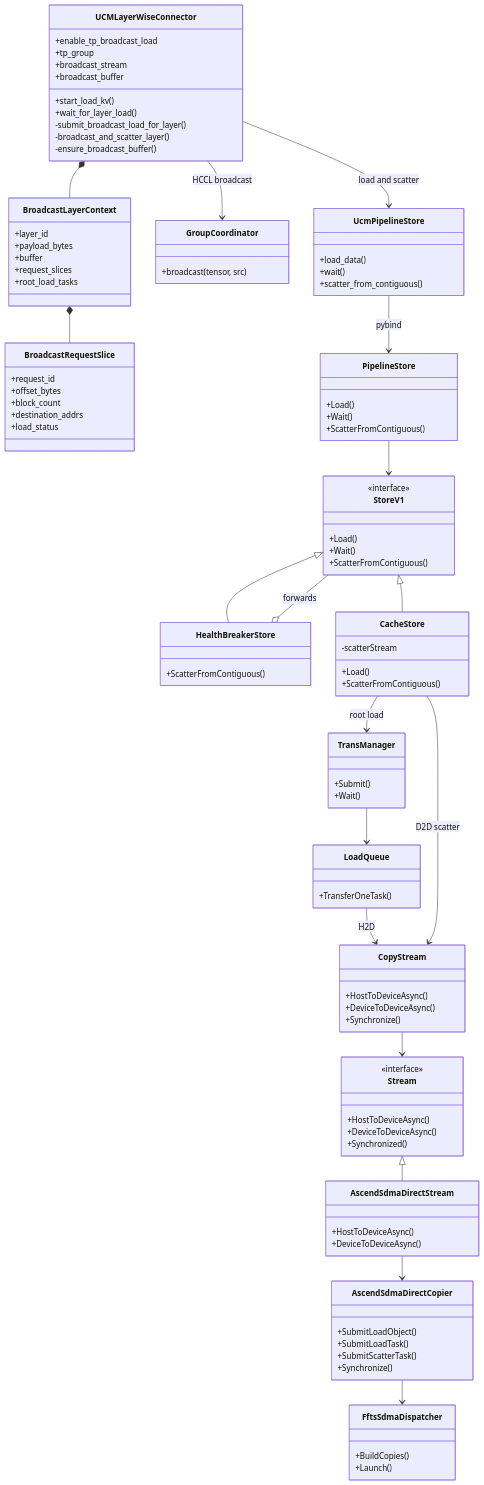
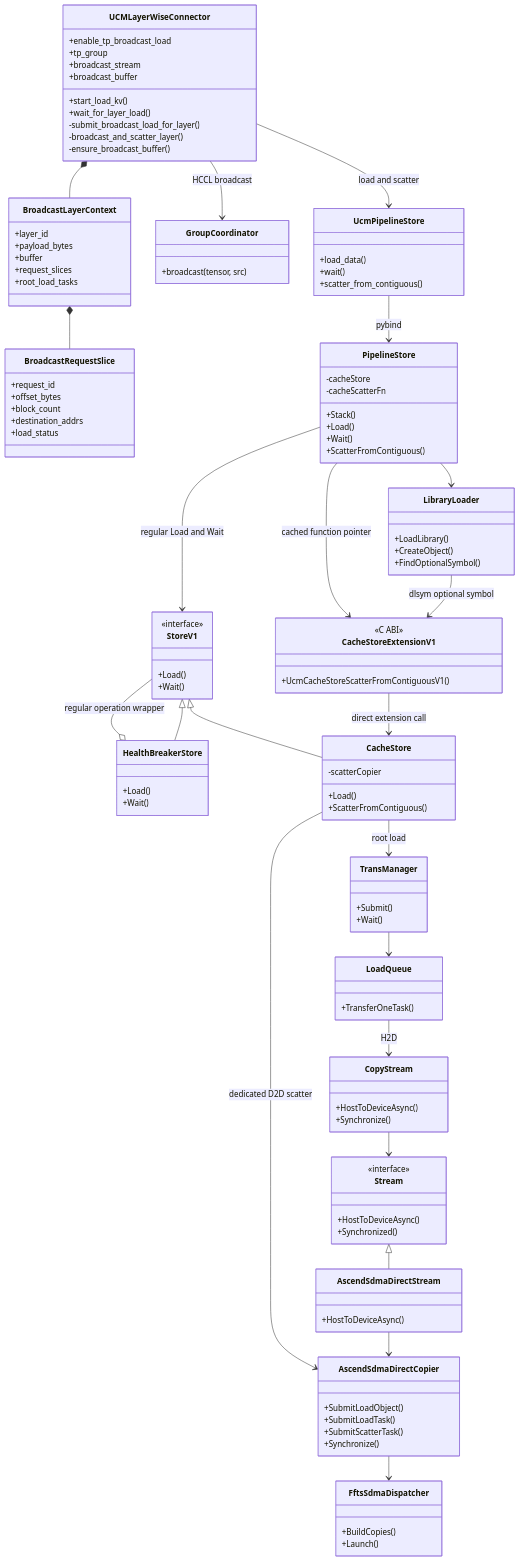
The fourth of 5 diagrams in docs/source/developer-guide/tp16_broadcast_load_design.md (NaganooMei/unified-cache-management), drawn with Mermaid before and after one commit. The commit also changed other lines of this file and 8 other files, not shown here.

````diff
--- a/docs/source/developer-guide/tp16_broadcast_load_design.md
+++ b/docs/source/developer-guide/tp16_broadcast_load_design.md
@@ -177,26 +177,40 @@
     }
 
     class PipelineStore {
+        -cacheStore
+        -cacheScatterFn
+        +Stack()
         +Load()
         +Wait()
         +ScatterFromContiguous()
+    }
+
+    class LibraryLoader {
+        +LoadLibrary()
+        +CreateObject()
+        +FindOptionalSymbol()
+    }
+
+    class CacheStoreExtensionV1 {
+        <<C ABI>>
+        +UcmCacheStoreScatterFromContiguousV1()
     }
 
     class StoreV1 {
         <<interface>>
         +Load()
         +Wait()
-        +ScatterFromContiguous()
     }
 
     class HealthBreakerStore {
-        +ScatterFromContiguous()
+        +Load()
+        +Wait()
     }
 
     class CacheStore {
         +Load()
         +ScatterFromContiguous()
-        -scatterStream
+        -scatterCopier
     }
 
     class TransManager {
@@ -210,20 +224,17 @@
 
     class CopyStream {
         +HostToDeviceAsync()
-        +DeviceToDeviceAsync()
         +Synchronize()
     }
 
     class Stream {
         <<interface>>
         +HostToDeviceAsync()
-        +DeviceToDeviceAsync()
         +Synchronized()
     }
 
     class AscendSdmaDirectStream {
         +HostToDeviceAsync()
-        +DeviceToDeviceAsync()
     }
 
     class AscendSdmaDirectCopier {
@@ -243,16 +254,20 @@
     UCMLayerWiseConnector --> GroupCoordinator : HCCL broadcast
     UCMLayerWiseConnector --> UcmPipelineStore : load and scatter
     UcmPipelineStore --> PipelineStore : pybind
-    PipelineStore --> StoreV1
+    PipelineStore --> StoreV1 : regular Load and Wait
+    PipelineStore --> LibraryLoader
+    LibraryLoader --> CacheStoreExtensionV1 : dlsym optional symbol
+    PipelineStore --> CacheStoreExtensionV1 : cached function pointer
+    CacheStoreExtensionV1 --> CacheStore : direct extension call
     StoreV1 <|-- CacheStore
     StoreV1 <|-- HealthBreakerStore
-    HealthBreakerStore o-- StoreV1 : forwards
+    HealthBreakerStore o-- StoreV1 : regular operation wrapper
     CacheStore --> TransManager : root load
     TransManager --> LoadQueue
     LoadQueue --> CopyStream : H2D
-    CacheStore --> CopyStream : D2D scatter
     CopyStream --> Stream
     Stream <|-- AscendSdmaDirectStream
     AscendSdmaDirectStream --> AscendSdmaDirectCopier
+    CacheStore --> AscendSdmaDirectCopier : dedicated D2D scatter
     AscendSdmaDirectCopier --> FftsSdmaDispatcher
 ```
````
